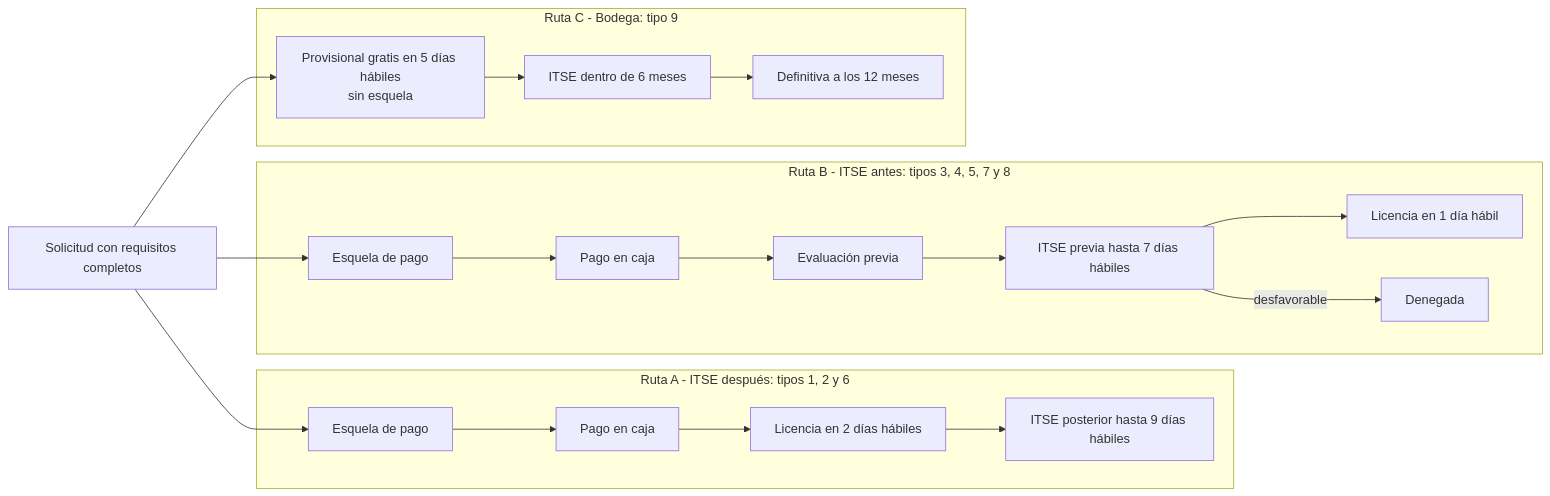
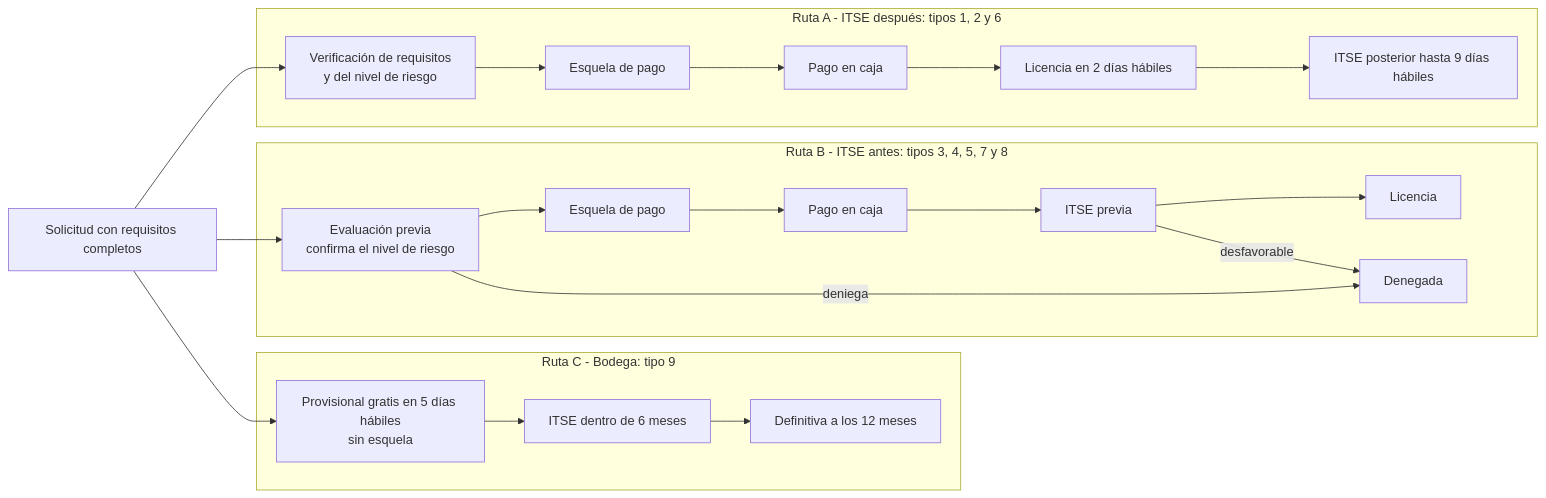
The second of 2 diagrams in docs/02-arquitectura-software/arquitectura-inicial.md (yeymyloson18/Licencias-Huanta-arquitSoft-JEIMY), drawn with Mermaid before and after one commit. The commit also changed other lines of this file, not shown here.

Commit message:
docs: evaluación antes de la esquela, plazo de ruta B y excepción del OTP

````diff
--- a/docs/02-arquitectura-software/arquitectura-inicial.md
+++ b/docs/02-arquitectura-software/arquitectura-inicial.md
@@ -91,19 +92,20 @@
 ```mermaid
 flowchart LR
     S["Solicitud con requisitos completos"] --> A0
     S --> B0
     S --> C1
 
     subgraph RA["Ruta A - ITSE después: tipos 1, 2 y 6"]
-        A0["Esquela de pago"] --> A1["Pago en caja"] --> A2["Licencia en 2 días hábiles"] --> A3["ITSE posterior hasta 9 días hábiles"]
+        A0["Verificación de requisitos<br/>y del nivel de riesgo"] --> A4["Esquela de pago"] --> A1["Pago en caja"] --> A2["Licencia en 2 días hábiles"] --> A3["ITSE posterior hasta 9 días hábiles"]
     end
 
     subgraph RB["Ruta B - ITSE antes: tipos 3, 4, 5, 7 y 8"]
-        B0["Esquela de pago"] --> B1["Pago en caja"] --> BE["Evaluación previa"] --> B2["ITSE previa hasta 7 días hábiles"] --> B3["Licencia en 1 día hábil"]
-        B2 -->|"desfavorable"| BX["Denegada"]
+        B0["Evaluación previa<br/>confirma el nivel de riesgo"] --> B4["Esquela de pago"] --> B1["Pago en caja"] --> B2["ITSE previa"] --> B3["Licencia"]
+        B0 -->|"deniega"| BX["Denegada"]
+        B2 -->|"desfavorable"| BX
     end
 
     subgraph RC["Ruta C - Bodega: tipo 9"]
         C1["Provisional gratis en 5 días hábiles<br/>sin esquela"] --> C2["ITSE dentro de 6 meses"] --> C3["Definitiva a los 12 meses"]
     end
 ```
````
